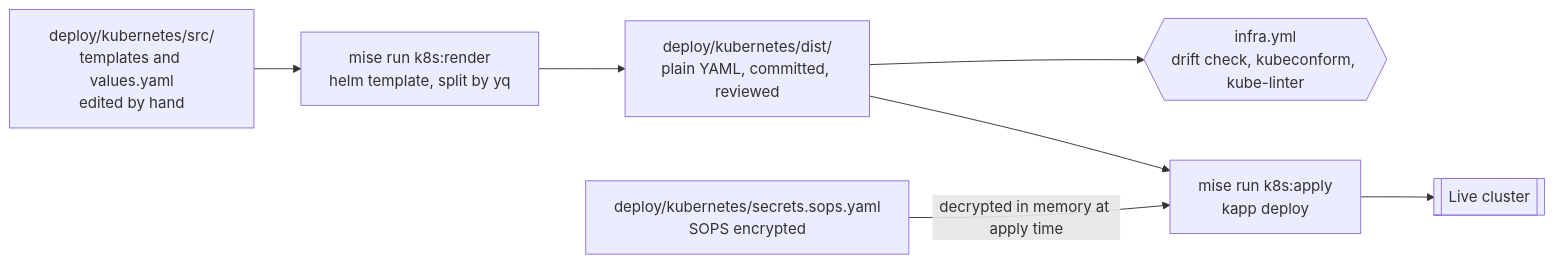
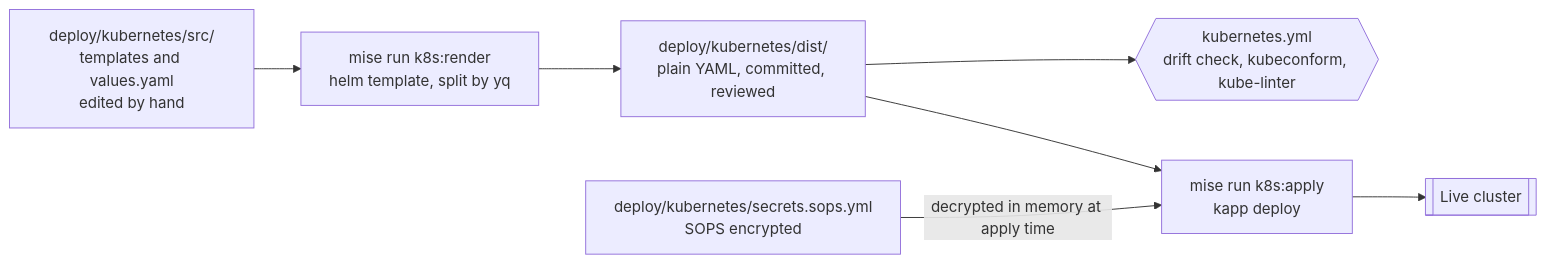
The second of 2 diagrams in infra-plans/KANAE_INFRA_PLAN.md (UCMercedACM/kanae), drawn with Mermaid before and after one commit. The commit also changed other lines of this file and 4 other files, not shown here.

````diff
--- a/infra-plans/KANAE_INFRA_PLAN.md
+++ b/infra-plans/KANAE_INFRA_PLAN.md
@@ -165,14 +165,14 @@
 ```mermaid
 flowchart LR
     chart["deploy/kubernetes/src/<br/>templates and values.yaml<br/>edited by hand"]
-    enc["deploy/kubernetes/secrets.sops.yaml<br/>SOPS encrypted"]
+    enc["deploy/kubernetes/secrets.sops.yml<br/>SOPS encrypted"]
     render["mise run k8s:render<br/>helm template, split by yq"]
     k8s["deploy/kubernetes/dist/<br/>plain YAML, committed, reviewed"]
-    ci{{"infra.yml<br/>drift check, kubeconform, kube-linter"}}
+    ci{{"kubernetes.yml<br/>drift check, kubeconform, kube-linter"}}
     apply["mise run k8s:apply<br/>kapp deploy"]
     live[["Live cluster"]]
 
     chart --> render --> k8s --> apply --> live
     k8s --> ci
     enc -->|decrypted in memory at apply time| apply
 ```
````
